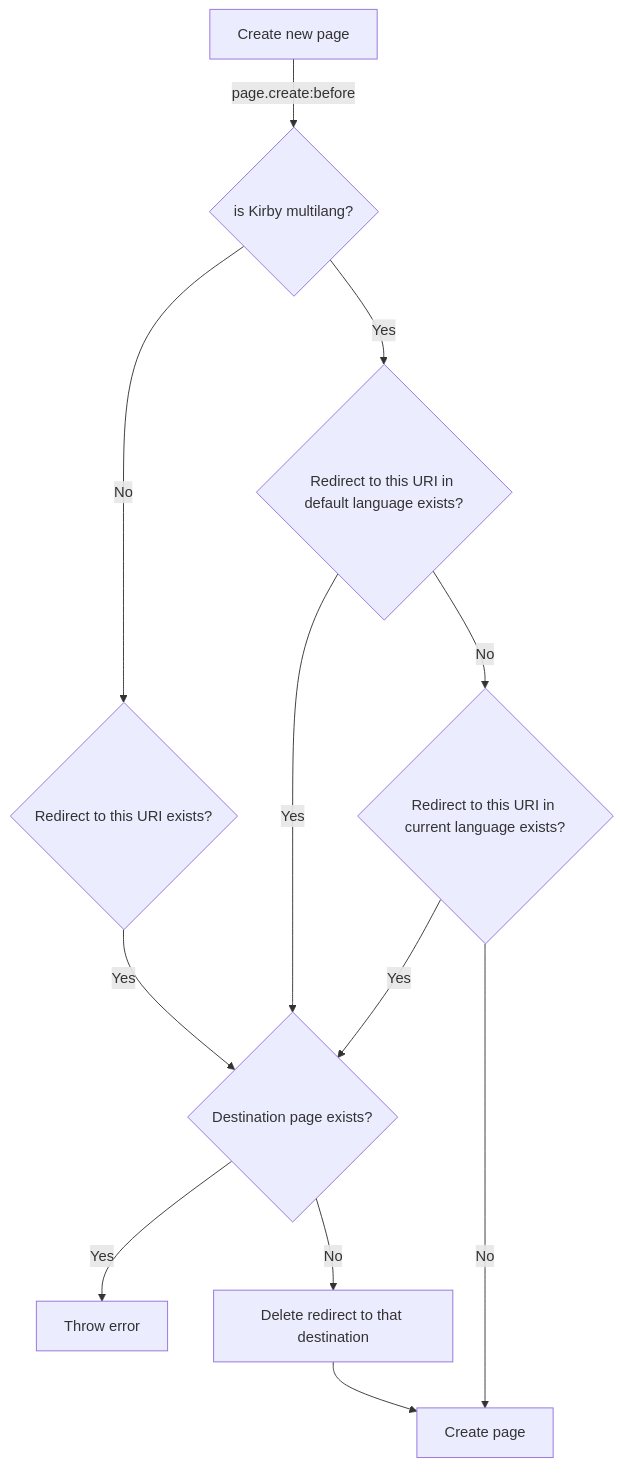
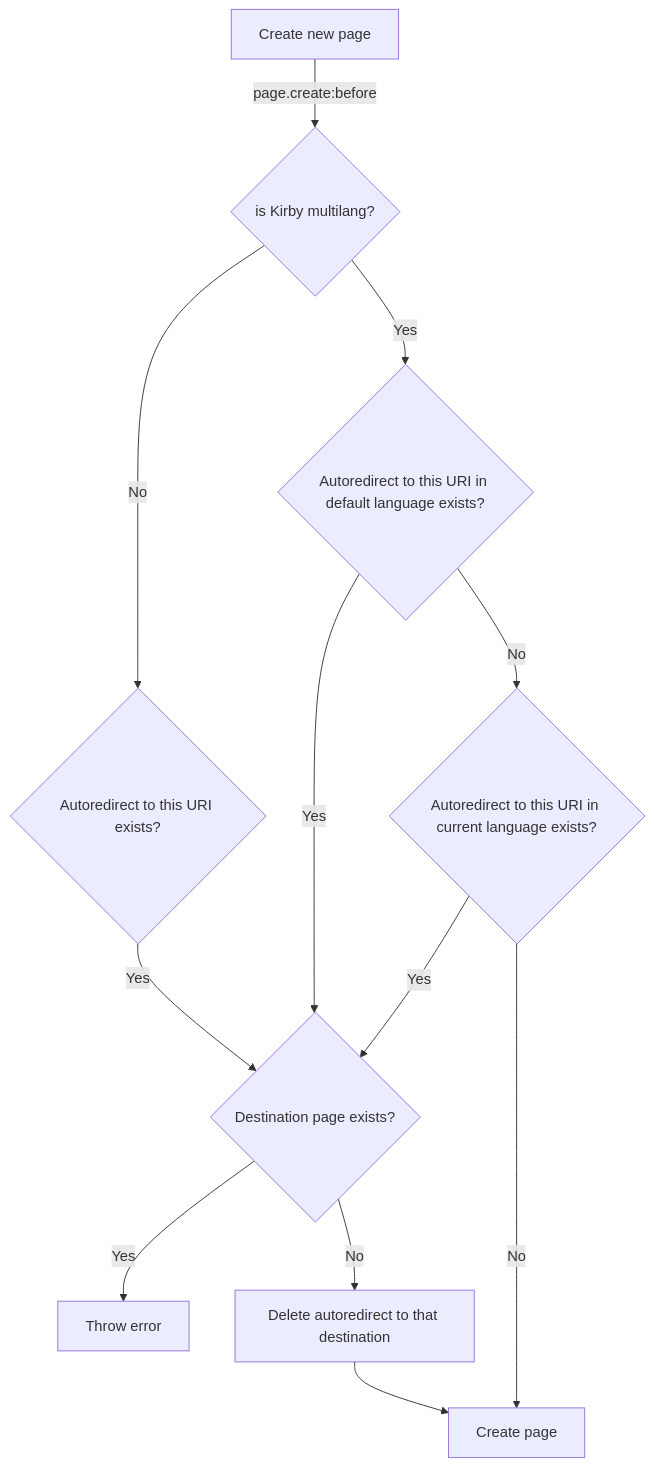
One commit to bvdputte/kirby-redirects changed the fourth of 5 diagrams in readme.md. Above: the diagram before and after it, drawn with Mermaid. The commit also changed other lines of this file, not shown here.

````diff
--- a/readme.md
+++ b/readme.md
@@ -108,15 +108,15 @@
 ```mermaid
 graph TD
     A[Create new page] -->|page.create:before| B
     B{is Kirby multilang?}
-    B --> |No| C{Redirect to this URI exists?}
-    B --> |Yes| E{Redirect to this URI in default language exists?}
+    B --> |No| C{Autoredirect to this URI exists?}
+    B --> |Yes| E{Autoredirect to this URI in default language exists?}
     C --> |Yes| D{Destination page exists?}
     E -->|Yes| D
-    E -->|No| G{Redirect to this URI in current language exists?}
+    E -->|No| G{Autoredirect to this URI in current language exists?}
     G -->|Yes| D
     G -->|No| H[Create page]
     D --> |Yes| J[Throw error]
-    D --> |No| I[Delete redirect to that destination]
+    D --> |No| I[Delete autoredirect to that destination]
     I --> H
 ```
````
